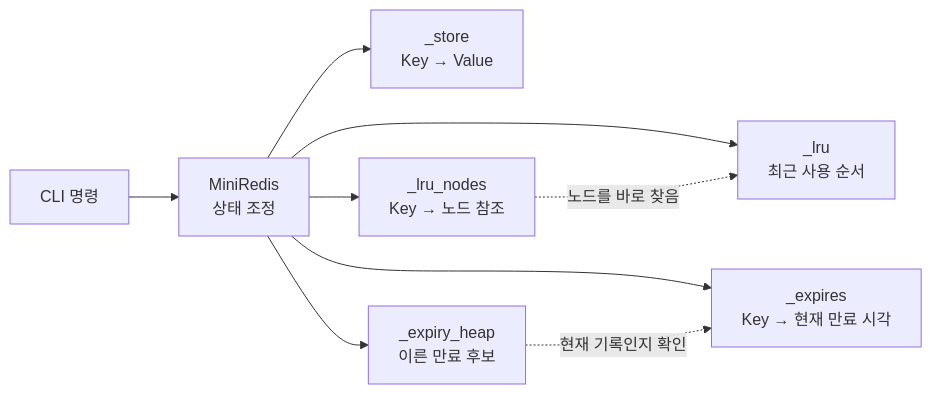
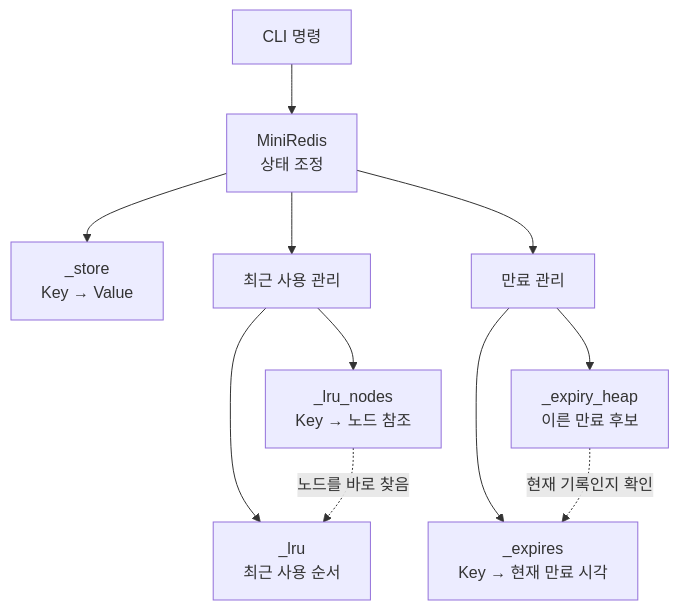
Before and after one commit to bllancck/B5-1.py-mini-redis: the diagram in README.md, drawn with Mermaid.

Commit message:
docs: adjust diagram layout

````diff
--- a/README.md
+++ b/README.md
@@ -54,14 +54,16 @@
 ```mermaid
-flowchart LR
+flowchart TB
     CLI["CLI 명령"] --> CORE["MiniRedis<br/>상태 조정"]
 
     CORE --> STORE["_store<br/>Key → Value"]
+    CORE --> RECENCY["최근 사용 관리"]
+    CORE --> EXPIRY["만료 관리"]
 
-    CORE --> LRU_INDEX["_lru_nodes<br/>Key → 노드 참조"]
-    CORE --> LRU["_lru<br/>최근 사용 순서"]
+    RECENCY --> LRU_INDEX["_lru_nodes<br/>Key → 노드 참조"]
+    RECENCY --> LRU["_lru<br/>최근 사용 순서"]
     LRU_INDEX -.->|"노드를 바로 찾음"| LRU
 
-    CORE --> EXPIRES["_expires<br/>Key → 현재 만료 시각"]
-    CORE --> HEAP["_expiry_heap<br/>이른 만료 후보"]
+    EXPIRY --> EXPIRES["_expires<br/>Key → 현재 만료 시각"]
+    EXPIRY --> HEAP["_expiry_heap<br/>이른 만료 후보"]
     HEAP -.->|"현재 기록인지 확인"| EXPIRES
 ```
````
